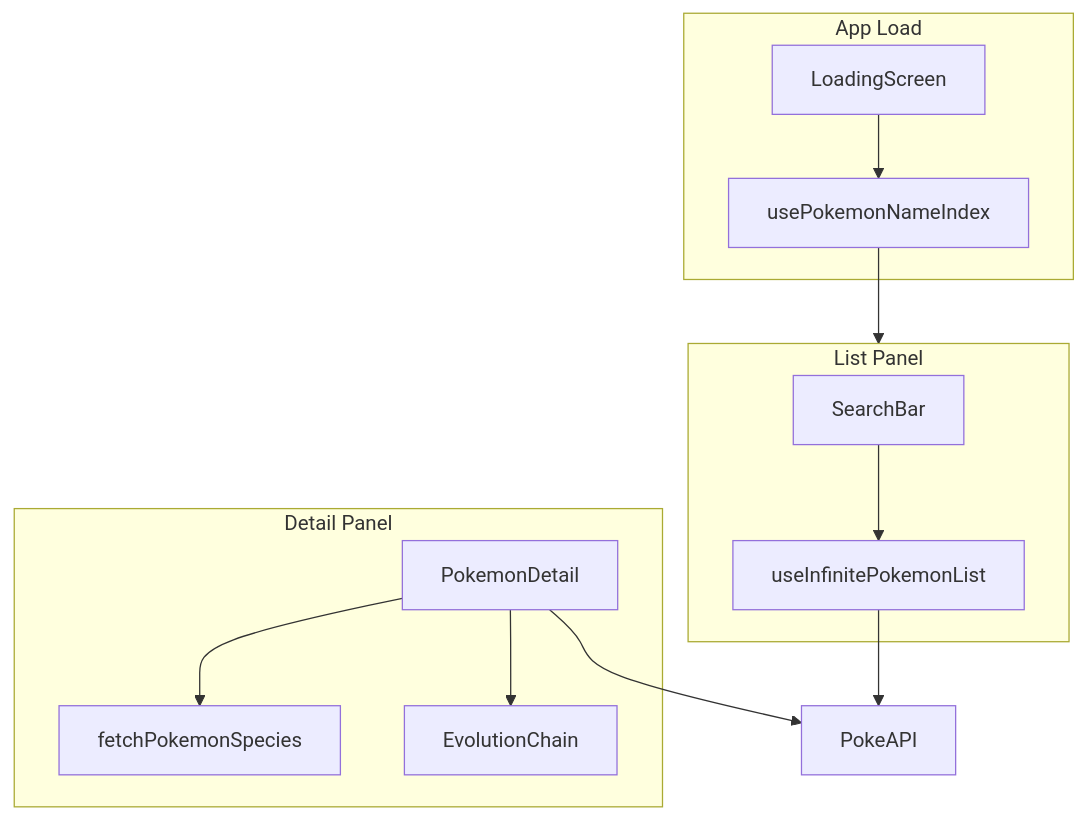
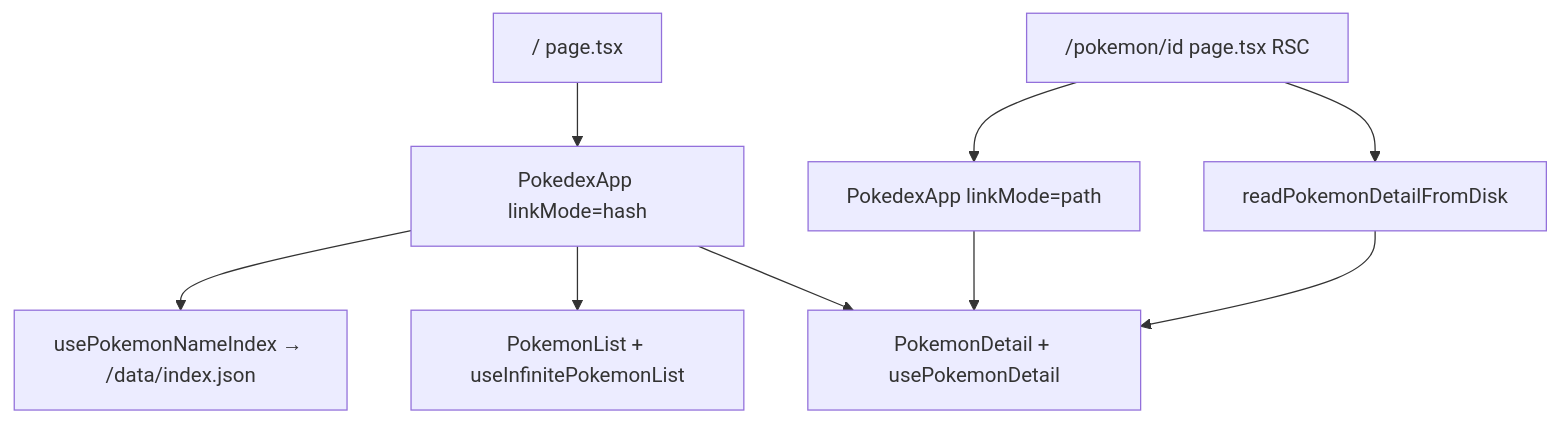
One commit to nhatluu0406/pokedex changed the diagram in docs/PLAN.md. Above: the diagram before and after it, drawn with Mermaid. The commit also changed other lines of this file and 2465 other files, not shown here.

First line of the commit message:
Complete Phase 10A/10B search, filters, and list UX.

````diff
--- a/docs/PLAN.md
+++ b/docs/PLAN.md
@@ -593,23 +40,11 @@
 ```mermaid
 flowchart TB
-  subgraph init [App Load]
-    Loader[LoadingScreen]
-    Index[usePokemonNameIndex]
-    Loader --> Index
-  end
-  subgraph list [List Panel]
-    Search[SearchBar]
-    Infinite[useInfinitePokemonList]
-    Search --> Infinite
-  end
-  subgraph detail [Detail Panel]
-    Detail[PokemonDetail]
-    Species[fetchPokemonSpecies]
-    Evo[EvolutionChain]
-    Detail --> Species
-    Detail --> Evo
-  end
-  Index --> list
-  Infinite --> PokeAPI
-  Detail --> PokeAPI
+  Home["/ page.tsx"] --> App[PokedexApp linkMode=hash]
+  SSG["/pokemon/id page.tsx RSC"] --> App2[PokedexApp linkMode=path]
+  App --> Index[usePokemonNameIndex → /data/index.json]
+  App --> List[PokemonList + useInfinitePokemonList]
+  App --> Detail[PokemonDetail + usePokemonDetail]
+  App2 --> Detail
+  SSG --> Disk[readPokemonDetailFromDisk]
+  Disk --> Detail
 ```
````
